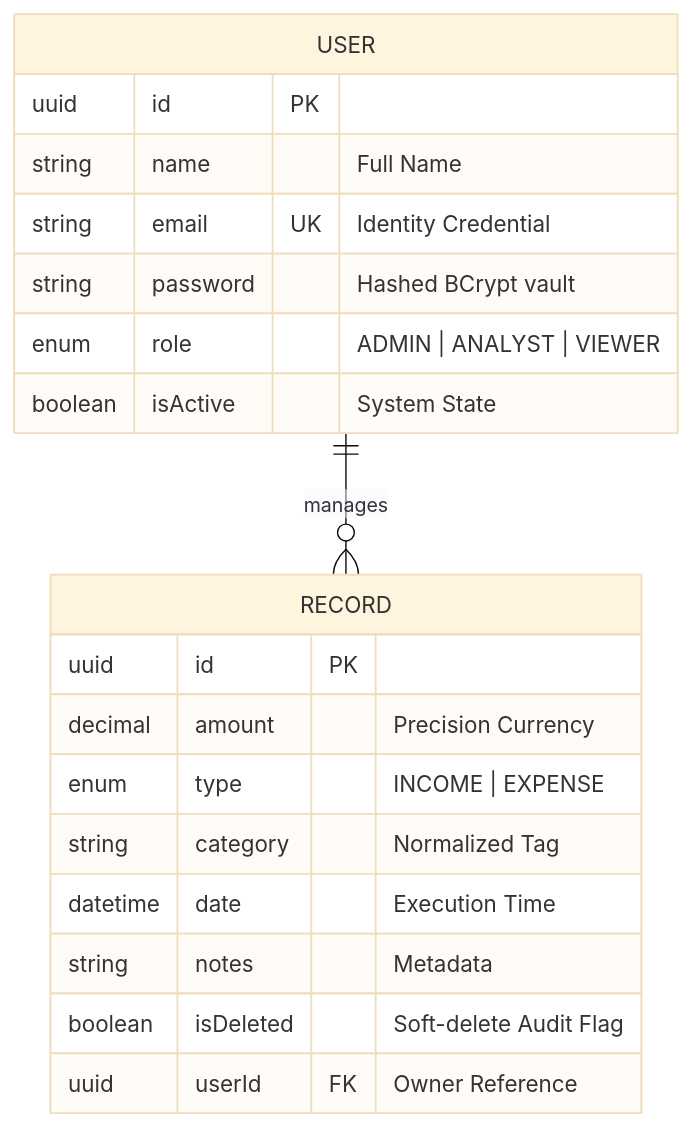
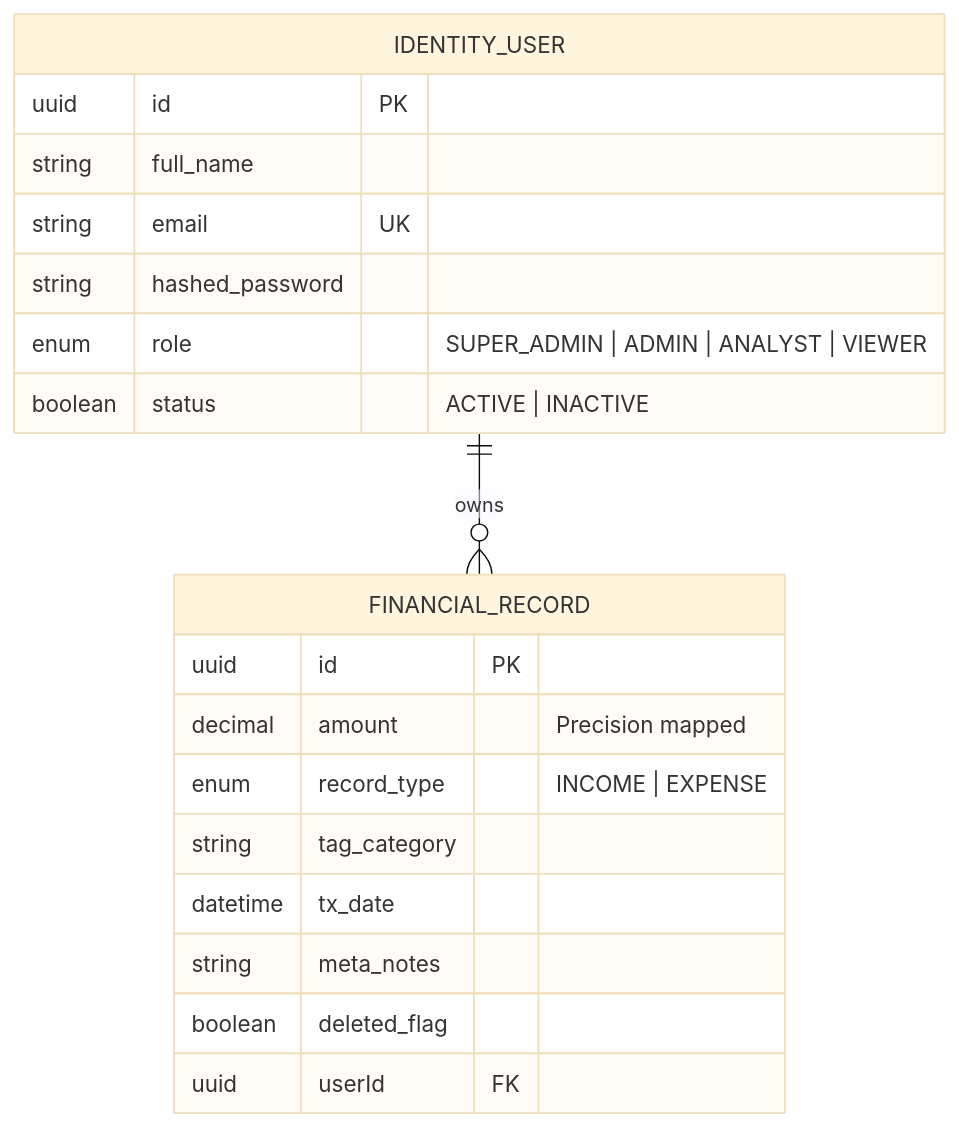
One commit to Tanmay24-ya/FinDash changed the second of 2 diagrams in README.md. Above: the diagram before and after it, drawn with Mermaid (base theme). The commit also changed other lines of this file, not shown here.

````diff
--- a/README.md
+++ b/README.md
@@ -186,22 +223,22 @@
 ```mermaid
 erDiagram
-    USER ||--o{ RECORD : manages
-    USER {
+    IDENTITY_USER ||--o{ FINANCIAL_RECORD : owns
+    IDENTITY_USER {
         uuid id PK
-        string name "Full Name"
-        string email UK "Identity Credential"
-        string password "Hashed BCrypt vault"
-        enum role "ADMIN | ANALYST | VIEWER"
-        boolean isActive "System State"
+        string full_name
+        string email UK
+        string hashed_password
+        enum role "SUPER_ADMIN | ADMIN | ANALYST | VIEWER"
+        boolean status "ACTIVE | INACTIVE"
     }
-    RECORD {
+    FINANCIAL_RECORD {
         uuid id PK
-        decimal amount "Precision Currency"
-        enum type "INCOME | EXPENSE"
-        string category "Normalized Tag"
-        datetime date "Execution Time"
-        string notes "Metadata"
-        boolean isDeleted "Soft-delete Audit Flag"
-        uuid userId FK "Owner Reference"
+        decimal amount "Precision mapped"
+        enum record_type "INCOME | EXPENSE"
+        string tag_category
+        datetime tx_date
+        string meta_notes
+        boolean deleted_flag
+        uuid userId FK
     }
 ```
````
